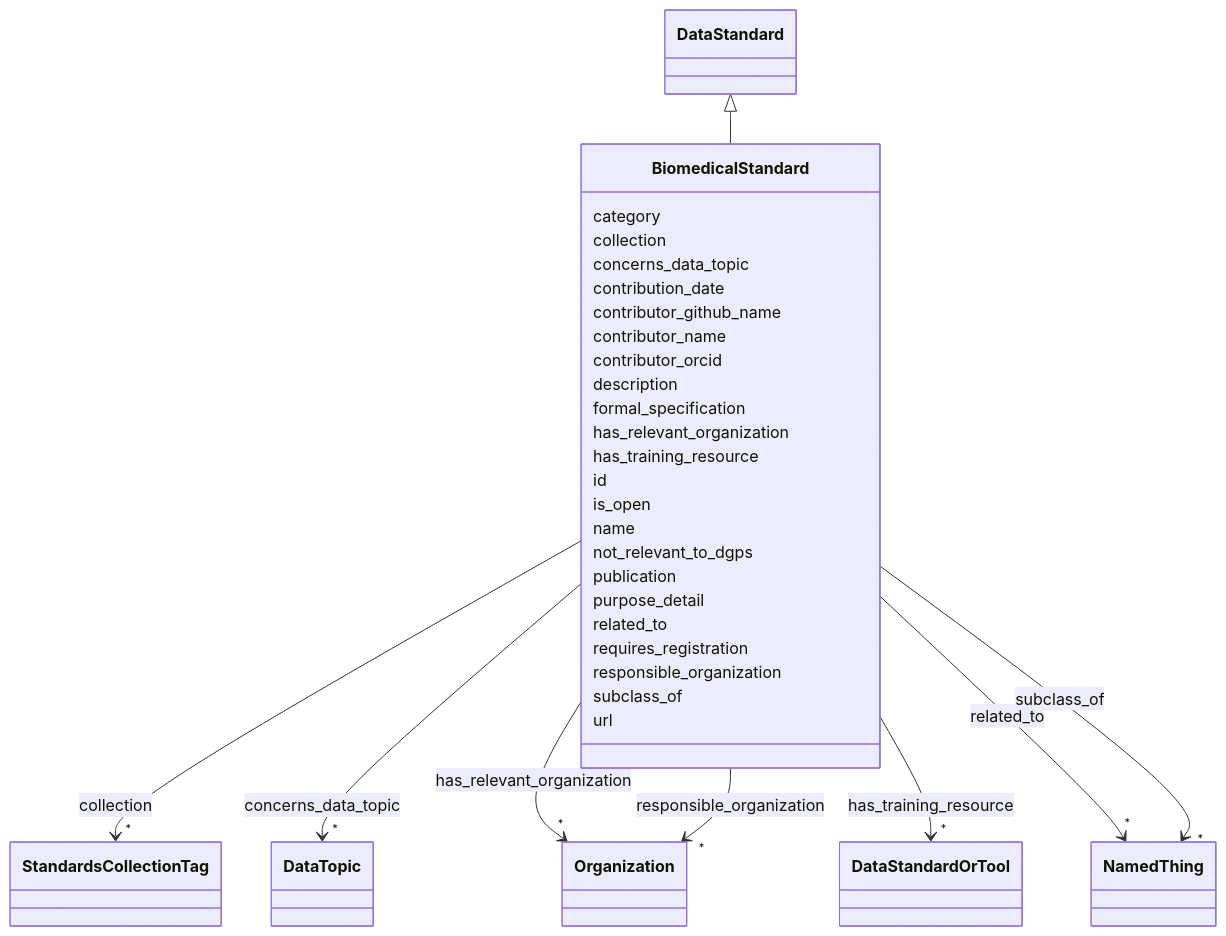
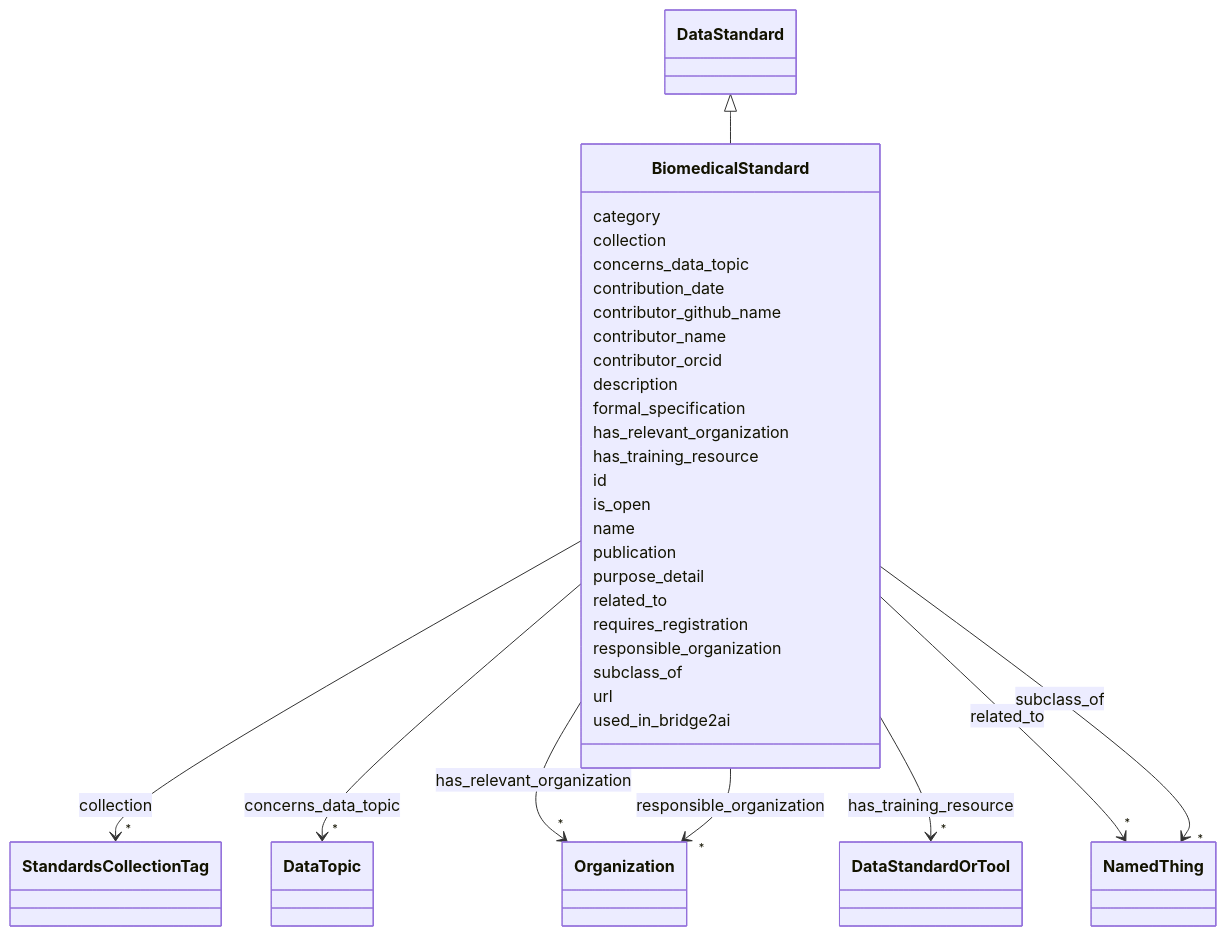
The diagram in docs/BiomedicalStandard.md (bridge2ai/standards-schemas), drawn with Mermaid before and after one commit. The commit also changed other lines of this file and 44 other files, not shown here.

````diff
--- a/docs/BiomedicalStandard.md
+++ b/docs/BiomedicalStandard.md
@@ -79,8 +79,6 @@
         
       BiomedicalStandard : name
         
-      BiomedicalStandard : not_relevant_to_dgps
-        
       BiomedicalStandard : publication
         
       BiomedicalStandard : purpose_detail
@@ -116,5 +114,7 @@
         
       BiomedicalStandard : url
         
+      BiomedicalStandard : used_in_bridge2ai
+        
       
 ```
````
